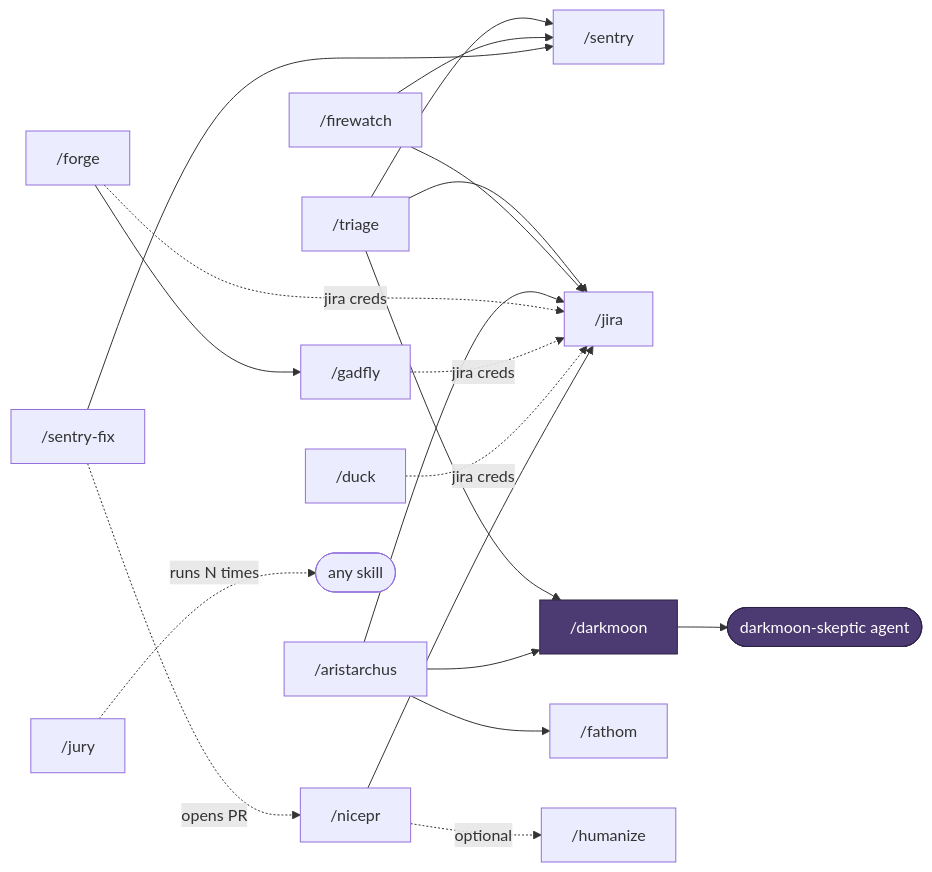
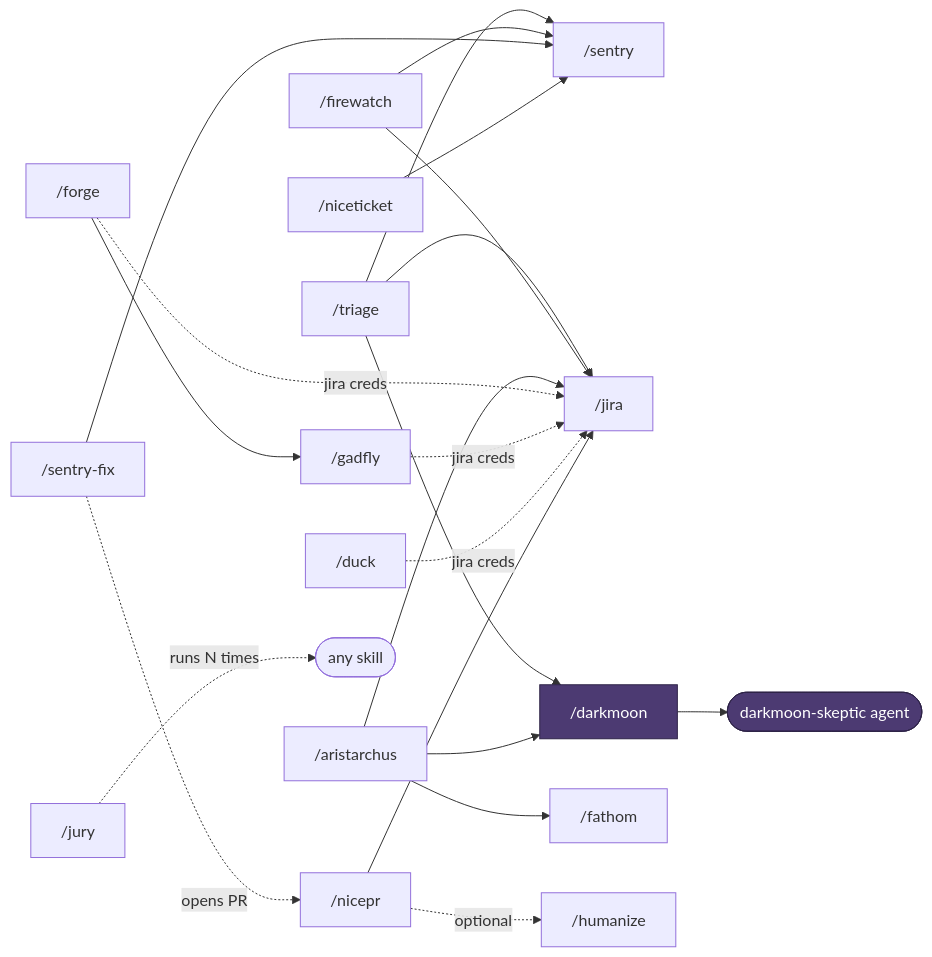
The diagram in README.md (sgtlaugh/skills), drawn with Mermaid before and after one commit.

Commit message:
docs: readme diagram shows niceticket reading issues through sentry
niceticket invokes /sentry for an issue's details, and the diagram draws every skill-to-skill hand-off.

````diff
--- a/README.md
+++ b/README.md
@@ -99,24 +99,25 @@
 ```mermaid
 flowchart LR
     triage["/triage"] --> sentry["/sentry"]
     triage --> jira["/jira"]
     triage --> darkmoon["/darkmoon"]
     firewatch["/firewatch"] --> sentry
     sentryfix["/sentry-fix"] --> sentry
     sentryfix -. opens PR .-> nicepr
+    niceticket["/niceticket"] --> sentry
     firewatch --> jira
     aristarchus["/aristarchus"] --> darkmoon
     aristarchus --> fathom["/fathom"]
     aristarchus --> jira
     forge["/forge"] --> gadfly["/gadfly"]
     forge -. jira creds .-> jira
     gadfly -. jira creds .-> jira
     duck["/duck"] -. jira creds .-> jira
     nicepr["/nicepr"] --> jira
     nicepr -. optional .-> humanize["/humanize"]
     jury["/jury"] -. runs N times .-> anyskill([any skill])
     darkmoon --> skeptic([darkmoon-skeptic agent])
 
     classDef verifier fill:#4c3a72,stroke:#2e2347,color:#fff
     class darkmoon,skeptic verifier
 ```
````
